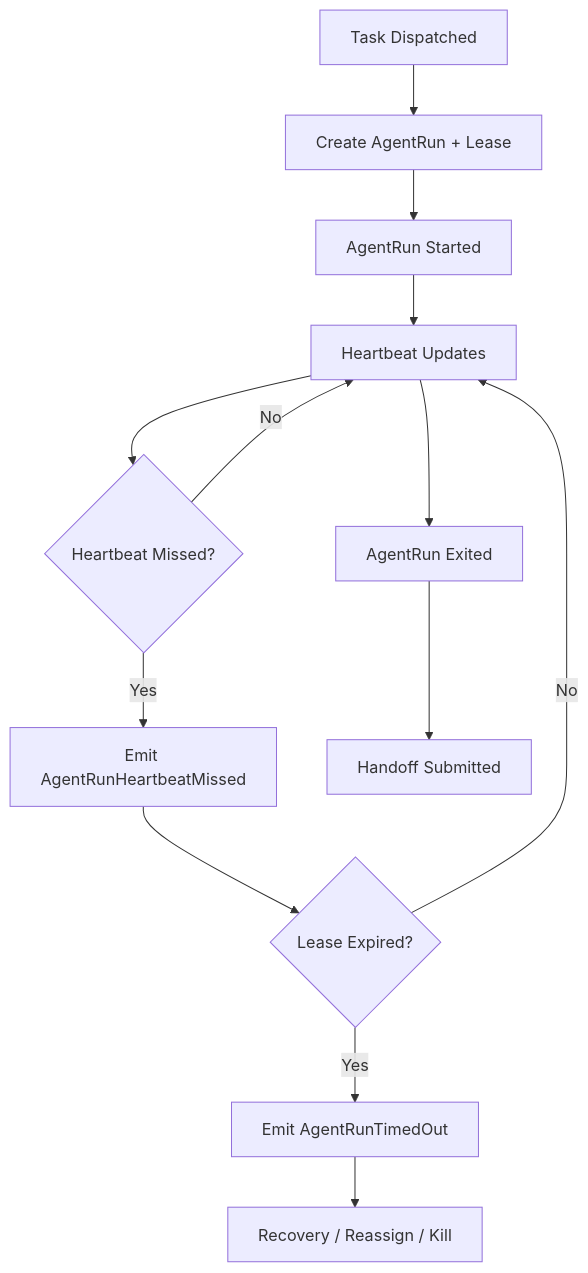
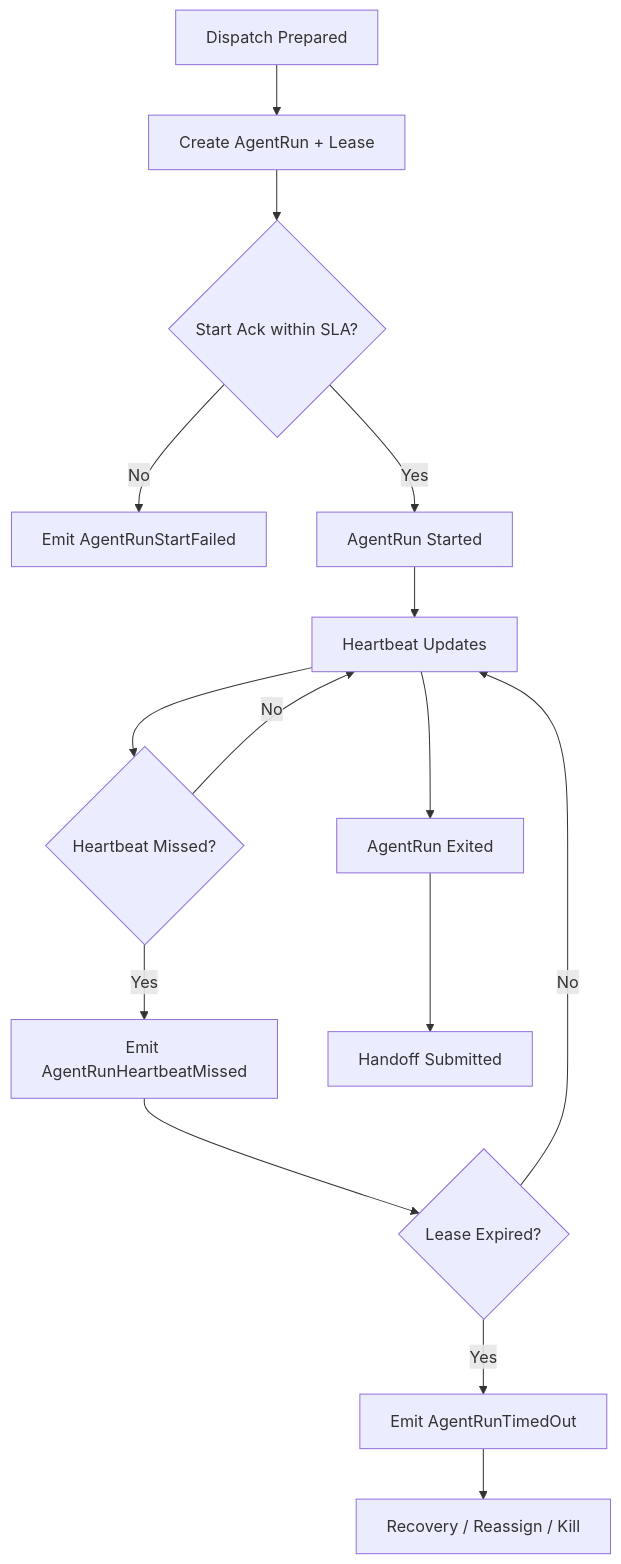
Before and after one commit to leeson1/Hive-Design: the diagram in docs/05-execution/04-agentrun-lease-heartbeat-protocol.md, drawn with Mermaid. The commit also changed other lines of this file and 20 other files, not shown here.

Commit message:
docs: tighten reference architecture boundaries

````diff
--- a/docs/05-execution/04-agentrun-lease-heartbeat-protocol.md
+++ b/docs/05-execution/04-agentrun-lease-heartbeat-protocol.md
@@ -78,15 +87,17 @@
 ```mermaid
 flowchart TD
-    A["Task Dispatched"] --> B["Create AgentRun + Lease"]
-    B --> C["AgentRun Started"]
-    C --> D["Heartbeat Updates"]
-    D --> E{"Heartbeat Missed?"}
-    E -- No --> D
-    E -- Yes --> F["Emit AgentRunHeartbeatMissed"]
-    F --> G{"Lease Expired?"}
-    G -- No --> D
-    G -- Yes --> H["Emit AgentRunTimedOut"]
-    H --> I["Recovery / Reassign / Kill"]
-    D --> J["AgentRun Exited"]
-    J --> K["Handoff Submitted"]
+    A["Dispatch Prepared"] --> B["Create AgentRun + Lease"]
+    B --> C{"Start Ack within SLA?"}
+    C -- No --> X["Emit AgentRunStartFailed"]
+    C -- Yes --> D["AgentRun Started"]
+    D --> E["Heartbeat Updates"]
+    E --> F{"Heartbeat Missed?"}
+    F -- No --> E
+    F -- Yes --> G["Emit AgentRunHeartbeatMissed"]
+    G --> H{"Lease Expired?"}
+    H -- No --> E
+    H -- Yes --> I["Emit AgentRunTimedOut"]
+    I --> J["Recovery / Reassign / Kill"]
+    E --> K["AgentRun Exited"]
+    K --> L["Handoff Submitted"]
 ```
````
